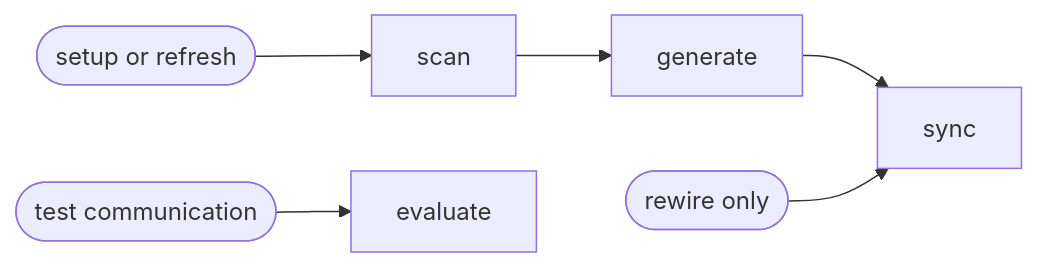
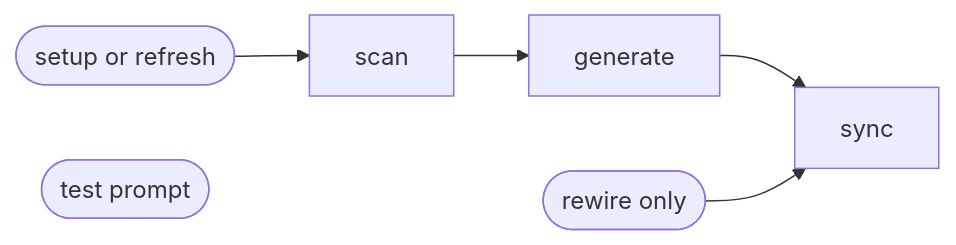
Before and after one commit to ai-driven-dev/framework: the diagram in plugins/aidd-context/skills/02-project-memory/SKILL.md, drawn with Mermaid. The commit also changed other lines of this file and 6 other files, not shown here.

````diff
--- a/plugins/aidd-context/skills/02-project-memory/SKILL.md
+++ b/plugins/aidd-context/skills/02-project-memory/SKILL.md
@@ -9,6 +9,6 @@
 ```mermaid
 flowchart LR
   build([setup or refresh]) --> scan --> generate --> sync
   rewire([rewire only]) --> sync
-  test([test communication]) --> evaluate
+  test_prompt([test prompt])
 ```
````
